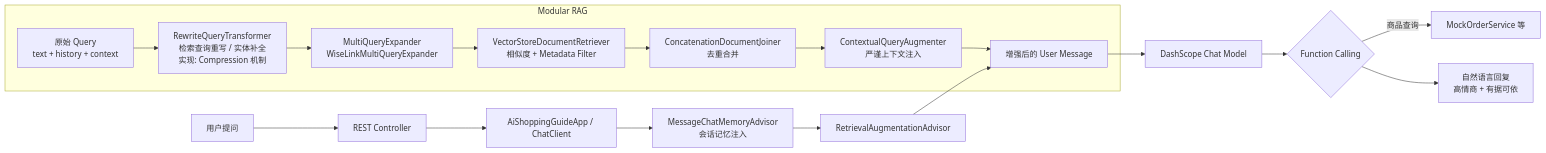
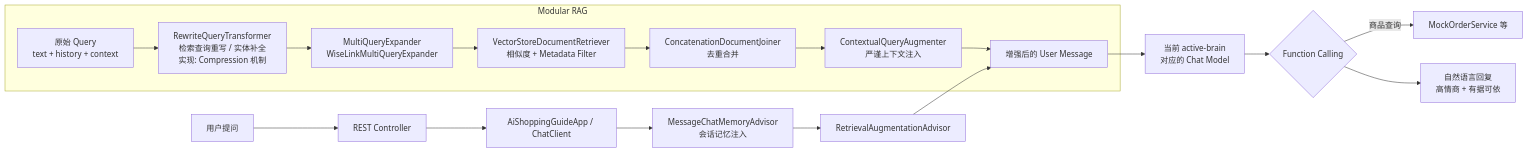
Before and after one commit to leungtzemeen/gen-ai-agent-java: the diagram in README.md, drawn with Mermaid. The commit also changed other lines of this file and 10 other files, not shown here.

Commit message:
chore: 更新 README 与仓库卫生 — 对齐 wiselink.active-brain 启动说明；补充 manus/web 包说明；移除 src 中空 Java 包目录

````diff
--- a/README.md
+++ b/README.md
@@ -68,23 +82,23 @@
 ```mermaid
 flowchart LR
   U[用户提问] --> API[REST Controller]
   API --> APP[AiShoppingGuideApp / ChatClient]
   APP --> MEM[MessageChatMemoryAdvisor\n会话记忆注入]
   MEM --> RAG[RetrievalAugmentationAdvisor]
 
   subgraph RAG_CHAIN[Modular RAG]
     Q0[原始 Query\ntext + history + context]
     Q0 --> T[RewriteQueryTransformer\n检索查询重写 / 实体补全\n实现: Compression 机制]
     T --> E[MultiQueryExpander\nWiseLinkMultiQueryExpander]
     E --> R[VectorStoreDocumentRetriever\n相似度 + Metadata Filter]
     R --> J[ConcatenationDocumentJoiner\n去重合并]
     J --> A[ContextualQueryAugmenter\n严谨上下文注入]
     A --> Q1[增强后的 User Message]
   end
 
   RAG --> Q1
-  Q1 --> LLM[DashScope Chat Model]
+  Q1 --> LLM[当前 active-brain\n对应的 Chat Model]
   LLM --> TOOL{Function Calling}
   TOOL -->|商品查询| MOCK[MockOrderService 等]
   TOOL --> RESP[自然语言回复\n高情商 + 有据可依]
 ```
````
